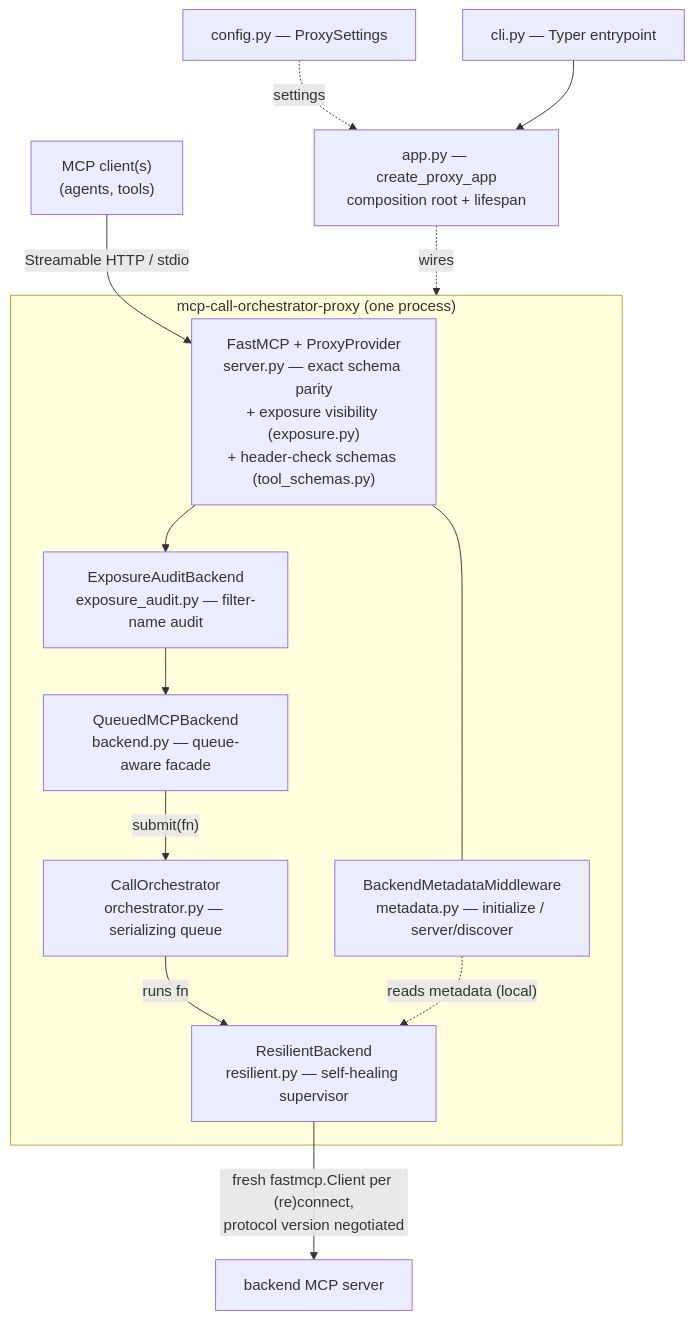
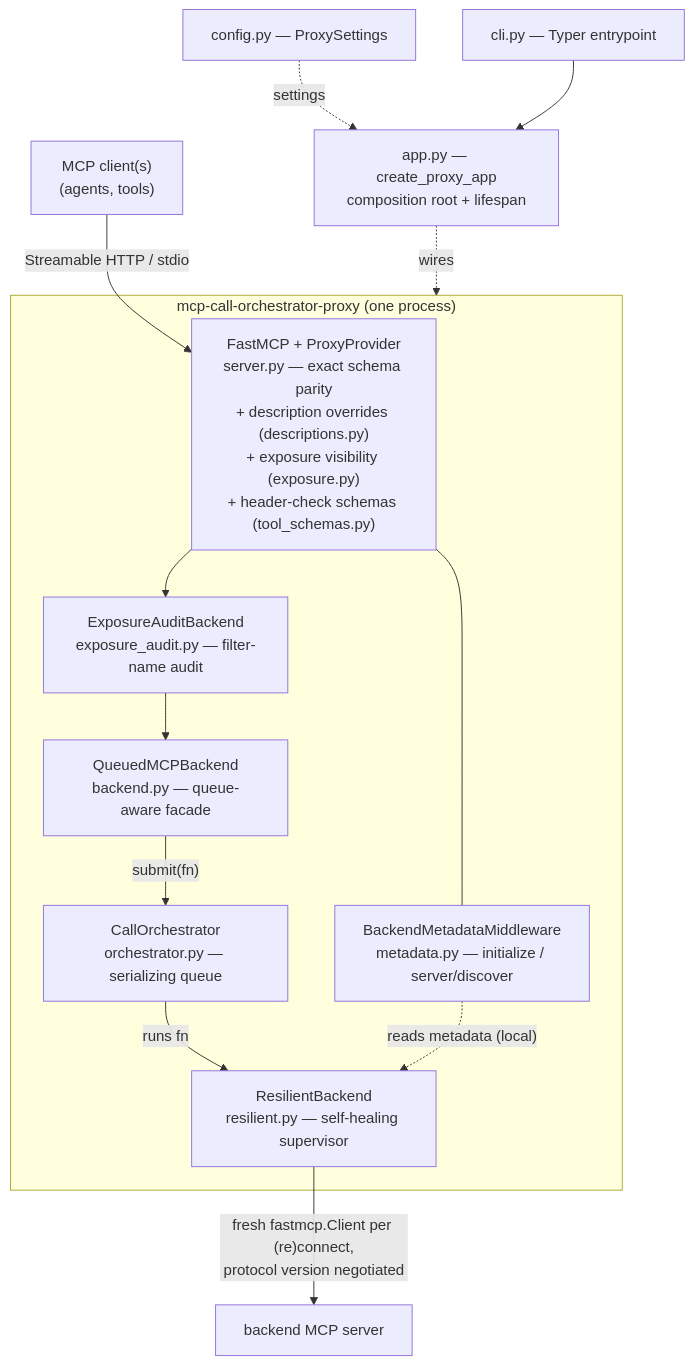
One commit to eoc-llm-tooling/mcp-call-orchestrator-proxy changed the diagram in ARCHITECTURE.md. Above: the diagram before and after it, drawn with Mermaid. The commit also changed other lines of this file and 13 other files, not shown here.

Commit message:
feat(overrides): override descriptions and instructions from an operator file

````diff
--- a/ARCHITECTURE.md
+++ b/ARCHITECTURE.md
@@ -73,25 +77,25 @@
 ```mermaid
 flowchart TD
     C["MCP client(s)<br/>(agents, tools)"] -->|"Streamable HTTP / stdio"| P
 
     subgraph proxy["mcp-call-orchestrator-proxy (one process)"]
-        P["FastMCP + ProxyProvider<br/>server.py — exact schema parity<br/>+ exposure visibility (exposure.py)<br/>+ header-check schemas (tool_schemas.py)"]
+        P["FastMCP + ProxyProvider<br/>server.py — exact schema parity<br/>+ description overrides (descriptions.py)<br/>+ exposure visibility (exposure.py)<br/>+ header-check schemas (tool_schemas.py)"]
         M["BackendMetadataMiddleware<br/>metadata.py — initialize / server/discover"]
         E["ExposureAuditBackend<br/>exposure_audit.py — filter-name audit"]
         Q["QueuedMCPBackend<br/>backend.py — queue-aware facade"]
         O["CallOrchestrator<br/>orchestrator.py — serializing queue"]
         R["ResilientBackend<br/>resilient.py — self-healing supervisor"]
         P --> E
         E --> Q
         Q -->|"submit(fn)"| O
         O -->|"runs fn"| R
         P --- M
         M -.->|"reads metadata (local)"| R
     end
 
     R -->|"fresh fastmcp.Client per (re)connect,<br/>protocol version negotiated"| B["backend MCP server"]
 
     A["app.py — create_proxy_app<br/>composition root + lifespan"] -.wires.-> proxy
     CFG["config.py — ProxySettings"] -.->|"settings"| A
     CLI["cli.py — Typer entrypoint"] --> A
 ```
````
